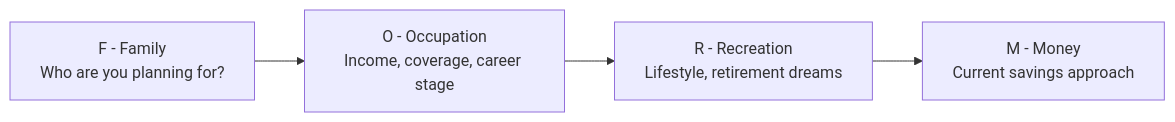
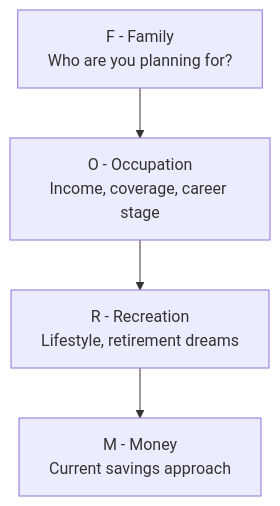
One commit to leotansingapore/aia-product-compass-hub changed the second of 2 diagrams in docs/first-60-days/week-8/day-48.md. Above: the diagram before and after it, drawn with Mermaid. The commit also changed other lines of this file and 56 other files, not shown here.

Commit message:
Readability pass across first-60-days: styled HTML to tables/diagrams, cleaner formatting, no leaked metadata

````diff
--- a/docs/first-60-days/week-8/day-48.md
+++ b/docs/first-60-days/week-8/day-48.md
@@ -106,8 +86,6 @@
 ```mermaid
-flowchart LR
-    F["F - Family<br/>Who are you planning for?"]
-    O["O - Occupation<br/>Income, coverage, career stage"]
-    R["R - Recreation<br/>Lifestyle, retirement dreams"]
-    M["M - Money<br/>Current savings approach"]
-    F --> O --> R --> M
+flowchart TD
+    F["F - Family<br/>Who are you planning for?"] --> O["O - Occupation<br/>Income, coverage, career stage"]
+    O --> R["R - Recreation<br/>Lifestyle, retirement dreams"]
+    R --> M["M - Money<br/>Current savings approach"]
 ```
````
